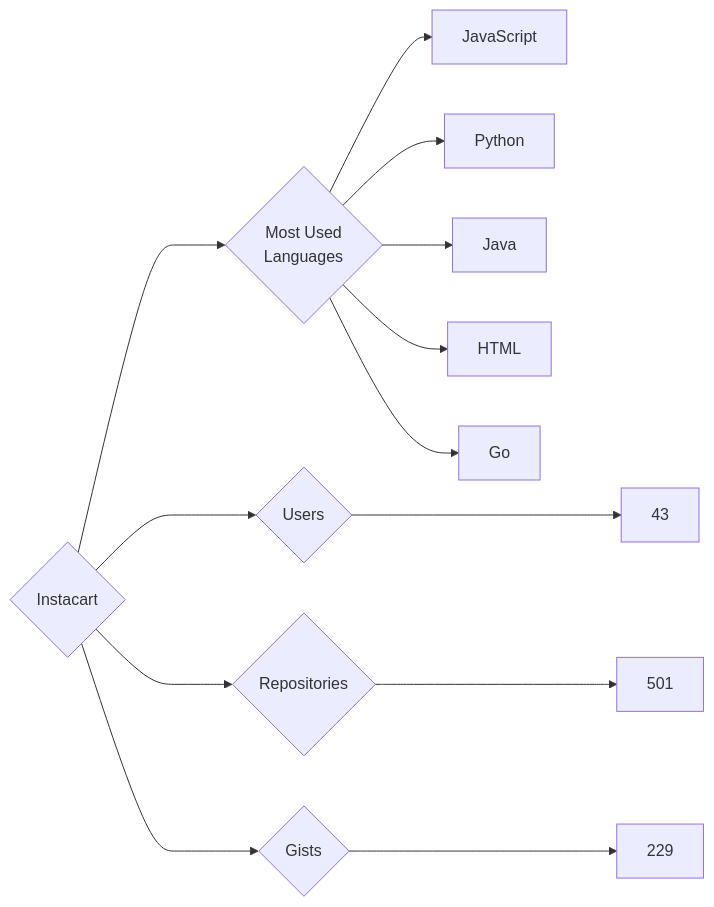
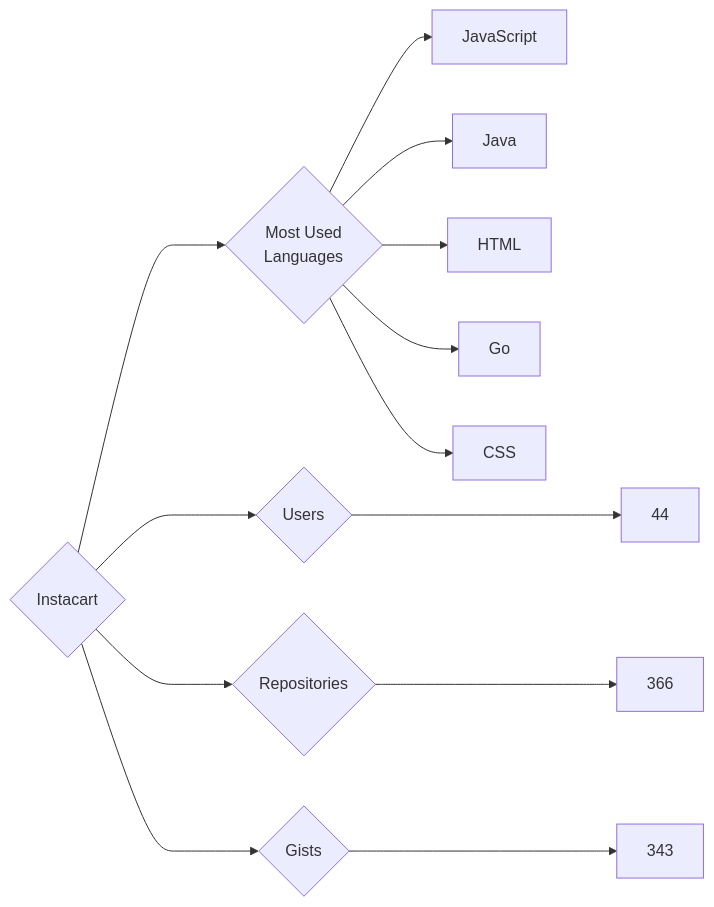
Before and after one commit to trickest/insiders: the diagram in targets/Instacart/README.md, drawn with Mermaid. The commit also changed 895 other files, not shown here.

````diff
--- a/targets/Instacart/README.md
+++ b/targets/Instacart/README.md
@@ -3,13 +3,13 @@
 ```mermaid
 graph LR
 COMPANY_NAME{Instacart}
-COMPANY_NAME ---> U{Users} ---> UN[43]
-COMPANY_NAME ---> R{Repositories} ---> RN[501]
-COMPANY_NAME ---> G{Gists} ---> GN[229]
+COMPANY_NAME ---> U{Users} ---> UN[44]
+COMPANY_NAME ---> R{Repositories} ---> RN[366]
+COMPANY_NAME ---> G{Gists} ---> GN[343]
 COMPANY_NAME ---> ML{Most Used<br>Languages}
 ML --> JavaScript[JavaScript]
-ML --> Python[Python]
 ML --> Java[Java]
 ML --> HTML[HTML]
 ML --> Go[Go]
+ML --> CSS[CSS]
 ```
````
